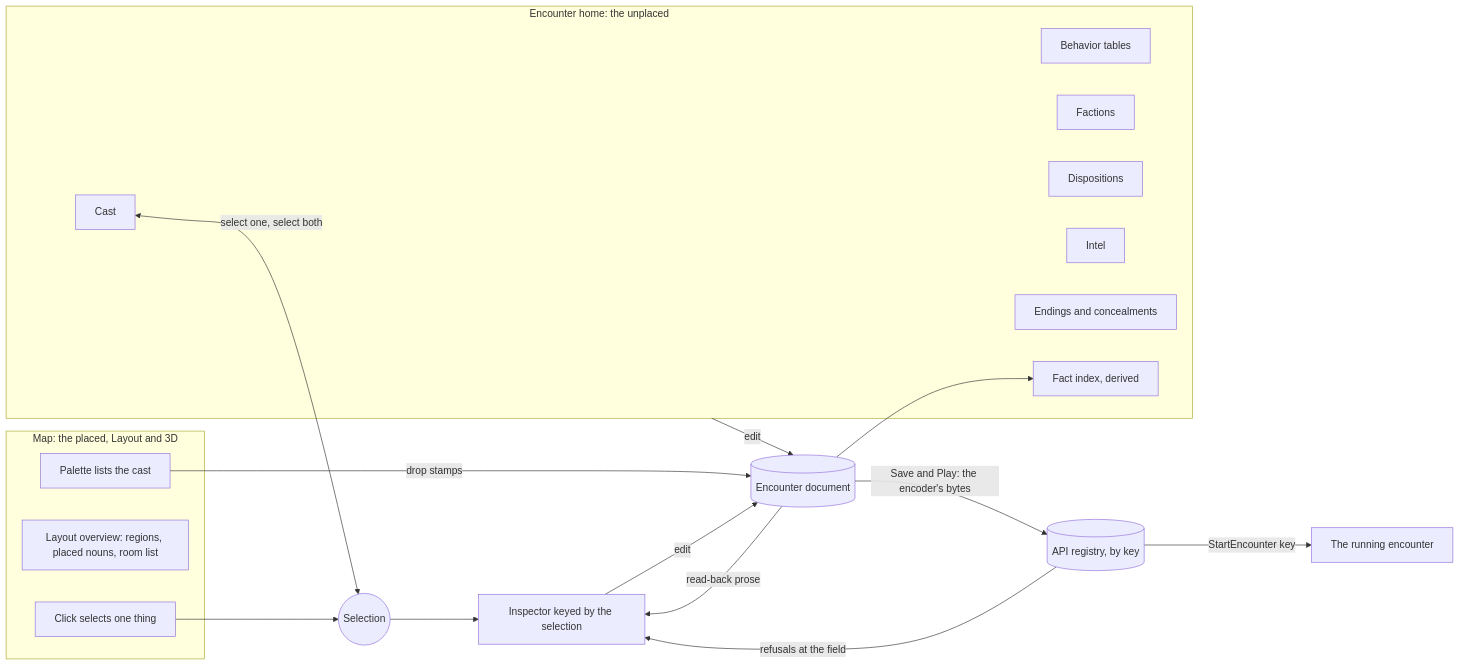
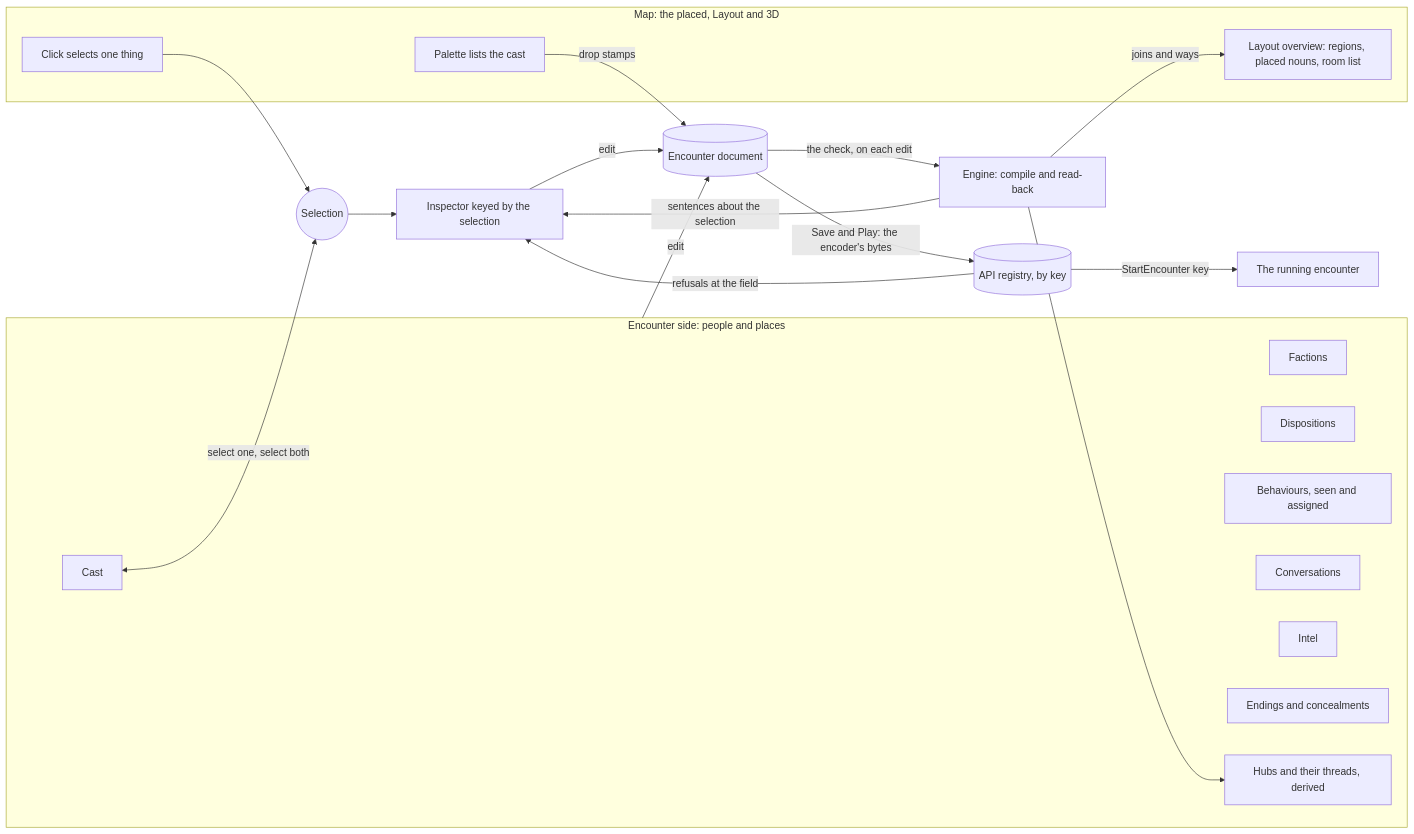
The first of 4 diagrams in ideas/encounter-studio/design.md (KirkDiggler/rpg-project), drawn with Mermaid before and after one commit. The commit also changed other lines of this file and 1 other file, not shown here.

First line of the commit message:
design(encounter-studio): places, ways and the engine's read-back (rpg-project#966)

````diff
--- a/ideas/encounter-studio/design.md
+++ b/ideas/encounter-studio/design.md
@@ -16,32 +19,35 @@
 ```mermaid
 flowchart LR
-    subgraph Home[Encounter home: the unplaced]
+    subgraph Home[Encounter side: people and places]
         Cast[Cast]
-        Tables[Behavior tables]
         Factions[Factions]
         Disp[Dispositions]
+        Beh[Behaviours, seen and assigned]
+        Conv[Conversations]
         Intel[Intel]
         Endings[Endings and concealments]
-        Facts[Fact index, derived]
+        Threads[Hubs and their threads, derived]
     end
     subgraph Map[Map: the placed, Layout and 3D]
         Palette[Palette lists the cast]
         Overview[Layout overview: regions, placed nouns, room list]
         Pick[Click selects one thing]
     end
     Sel((Selection))
     Insp[Inspector keyed by the selection]
     Doc[(Encounter document)]
 
     Cast <-->|select one, select both| Sel
     Pick --> Sel
     Sel --> Insp
     Palette -->|drop stamps| Doc
     Insp -->|edit| Doc
     Home -->|edit| Doc
-    Doc -->|read-back prose| Insp
-    Doc --> Facts
+    Doc -->|the check, on each edit| Eng[Engine: compile and read-back]
+    Eng -->|sentences about the selection| Insp
+    Eng -->|joins and ways| Overview
+    Eng --> Threads
     Doc -->|Save and Play: the encoder's bytes| Reg[(API registry, by key)]
     Reg -->|refusals at the field| Insp
     Reg -->|StartEncounter key| Play[The running encounter]
 ```
````
